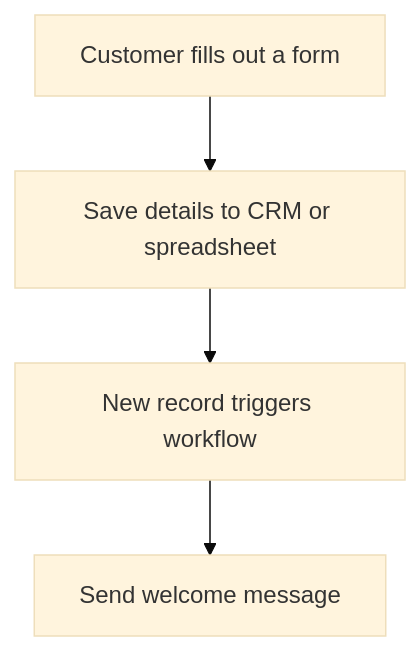
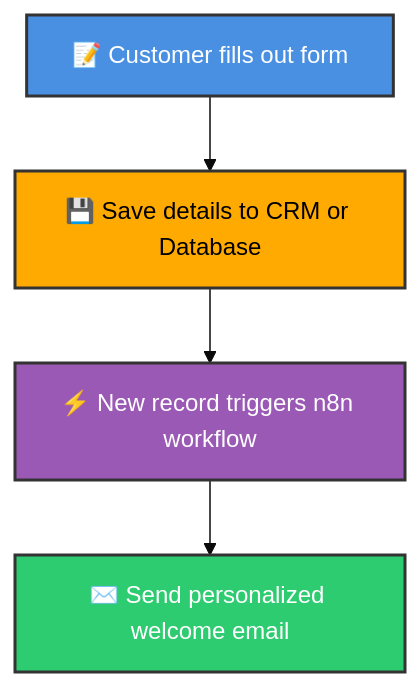
The first of 4 diagrams in 1_n8n_Introduction/02_Chapter_What_is_Automation.md (shashilabs-io/n8n-docs), drawn with Mermaid (base theme) before and after one commit. The commit also changed other lines of this file and 31 other files, not shown here.

````diff
--- a/1_n8n_Introduction/02_Chapter_What_is_Automation.md
+++ b/1_n8n_Introduction/02_Chapter_What_is_Automation.md
@@ -77,6 +64,11 @@
-``` mermaid
+```mermaid
 flowchart TD
-    A["Customer fills out a form"] --> B["Save details to CRM or spreadsheet"]
-    B --> C["New record triggers workflow"]
-    C --> D["Send welcome message"]
+    A["📝 Customer fills out form"] --> B["💾 Save details to CRM or Database"]
+    B --> C["⚡ New record triggers n8n workflow"]
+    C --> D["✉️ Send personalized welcome email"]
+
+    style A fill:#4A90E2,stroke:#333,stroke-width:2px,color:#fff
+    style B fill:#FFAA00,stroke:#333,stroke-width:2px,color:#000
+    style C fill:#9B59B6,stroke:#333,stroke-width:2px,color:#fff
+    style D fill:#2ECC71,stroke:#333,stroke-width:2px,color:#fff
 ```
````
